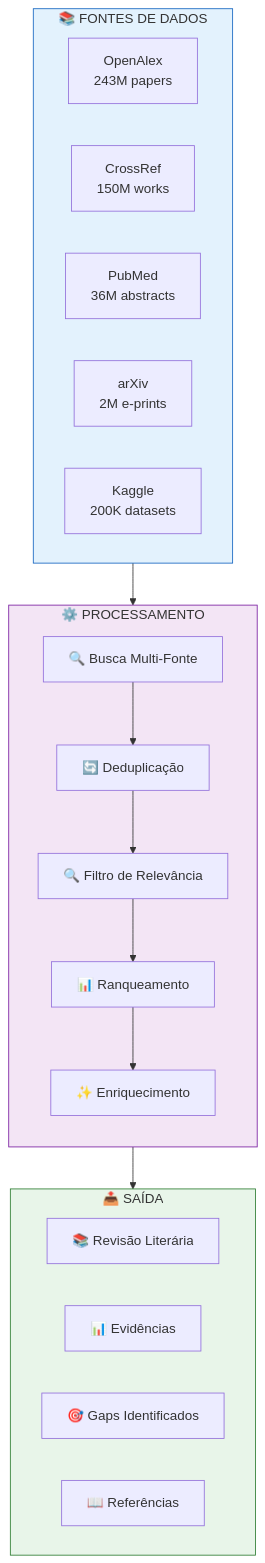
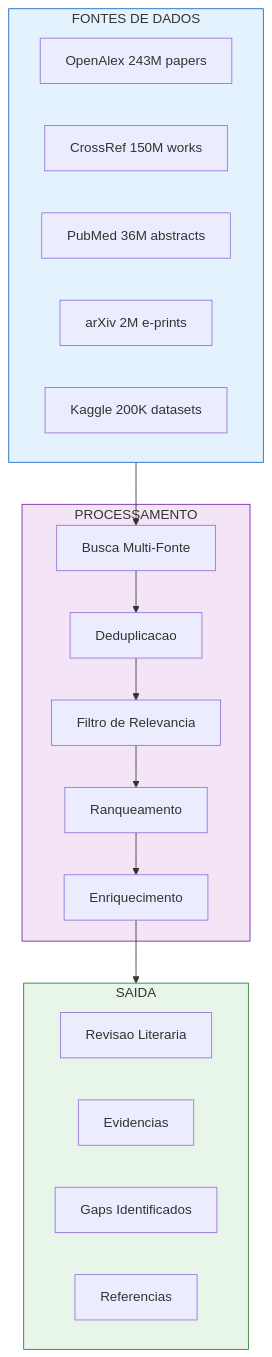
Before and after one commit to MarceloClaro/opencode-ecosystem-core: diagram 15 of 22 in README.md, drawn with Mermaid. The commit also changed other lines of this file, not shown here.

````diff
--- a/README.md
+++ b/README.md
@@ -1020,39 +934,36 @@
 ```mermaid
 flowchart TD
-    subgraph SOURCES ["📚 FONTES DE DADOS"]
-        direction LR
-        OA3["OpenAlex\n243M papers"]
-        CR3["CrossRef\n150M works"]
-        PM3["PubMed\n36M abstracts"]
-        AR3["arXiv\n2M e-prints"]
-        KG3["Kaggle\n200K datasets"]
+    subgraph SOURCES ["FONTES DE DADOS"]
+        OA["OpenAlex 243M papers"]
+        CR["CrossRef 150M works"]
+        PM["PubMed 36M abstracts"]
+        AR["arXiv 2M e-prints"]
+        KG["Kaggle 200K datasets"]
     end
 
-    subgraph PROCESS3 ["⚙️ PROCESSAMENTO"]
-        direction TB
-        SEARCH3["🔍 Busca Multi-Fonte"]
-        DEDUP2["🔄 Deduplicação"]
-        FILTER2["🔍 Filtro de Relevância"]
-        RANK2["📊 Ranqueamento"]
-        ENRICH2["✨ Enriquecimento"]
+    subgraph PROCESS ["PROCESSAMENTO"]
+        SEARCH2["Busca Multi-Fonte"]
+        DEDUP["Deduplicacao"]
+        FILTER2["Filtro de Relevancia"]
+        RANK2["Ranqueamento"]
+        ENRICH2["Enriquecimento"]
     end
 
-    subgraph OUTPUT4 ["📤 SAÍDA"]
-        direction LR
-        LIT["📚 Revisão Literária"]
-        EVID["📊 Evidências"]
-        GAP3["🎯 Gaps Identificados"]
-        REF["📖 Referências"]
+    subgraph OUTPUT3 ["SAIDA"]
+        LIT["Revisao Literaria"]
+        EVID["Evidencias"]
+        GAP2["Gaps Identificados"]
+        REF["Referencias"]
     end
 
-    SOURCES --> SEARCH3
-    SEARCH3 --> DEDUP2
-    DEDUP2 --> FILTER2
+    SOURCES --> SEARCH2
+    SEARCH2 --> DEDUP
+    DEDUP --> FILTER2
     FILTER2 --> RANK2
     RANK2 --> ENRICH2
-    ENRICH2 --> OUTPUT4
+    ENRICH2 --> OUTPUT3
 
     style SOURCES fill:#e3f2fd,stroke:#1565c0
-    style PROCESS3 fill:#f3e5f5,stroke:#7b1fa2
-    style OUTPUT4 fill:#e8f5e9,stroke:#2e7d32
+    style PROCESS fill:#f3e5f5,stroke:#7b1fa2
+    style OUTPUT3 fill:#e8f5e9,stroke:#2e7d32
 ```
````
